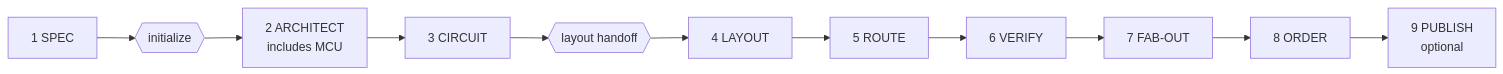
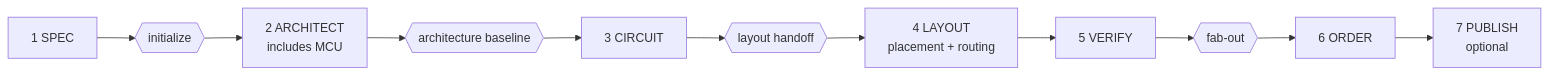
Before and after one commit to kylestew/pcbforge: the diagram in WORKFLOW.md, drawn with Mermaid. The commit also changed other lines of this file and 15 other files, not shown here.

````diff
--- a/WORKFLOW.md
+++ b/WORKFLOW.md
@@ -8,13 +8,13 @@
 ```mermaid
 flowchart LR
     SPEC["1 SPEC"] --> INIT{{"initialize"}}
     INIT --> ARCH["2 ARCHITECT<br/>includes MCU"]
-    ARCH --> CIRCUIT["3 CIRCUIT"]
+    ARCH --> BASELINE{{"architecture baseline"}}
+    BASELINE --> CIRCUIT["3 CIRCUIT"]
     CIRCUIT --> HANDOFF{{"layout handoff"}}
-    HANDOFF --> LAYOUT["4 LAYOUT"]
-    LAYOUT --> ROUTE["5 ROUTE"]
-    ROUTE --> VERIFY["6 VERIFY"]
-    VERIFY --> FAB["7 FAB-OUT"]
-    FAB --> ORDER["8 ORDER"]
-    ORDER --> PUBLISH["9 PUBLISH<br/>optional"]
+    HANDOFF --> LAYOUT["4 LAYOUT<br/>placement + routing"]
+    LAYOUT --> VERIFY["5 VERIFY"]
+    VERIFY --> FAB{{"fab-out"}}
+    FAB --> ORDER["6 ORDER"]
+    ORDER --> PUBLISH["7 PUBLISH<br/>optional"]
 ```
````
